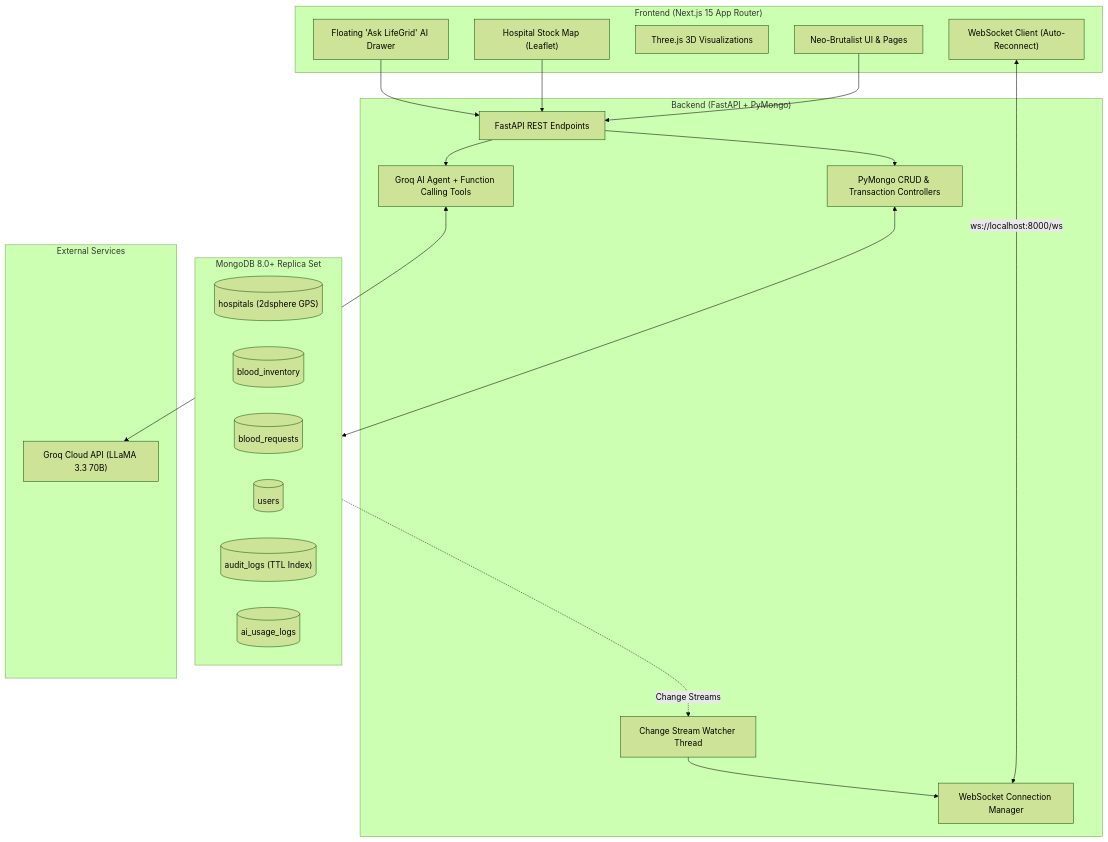
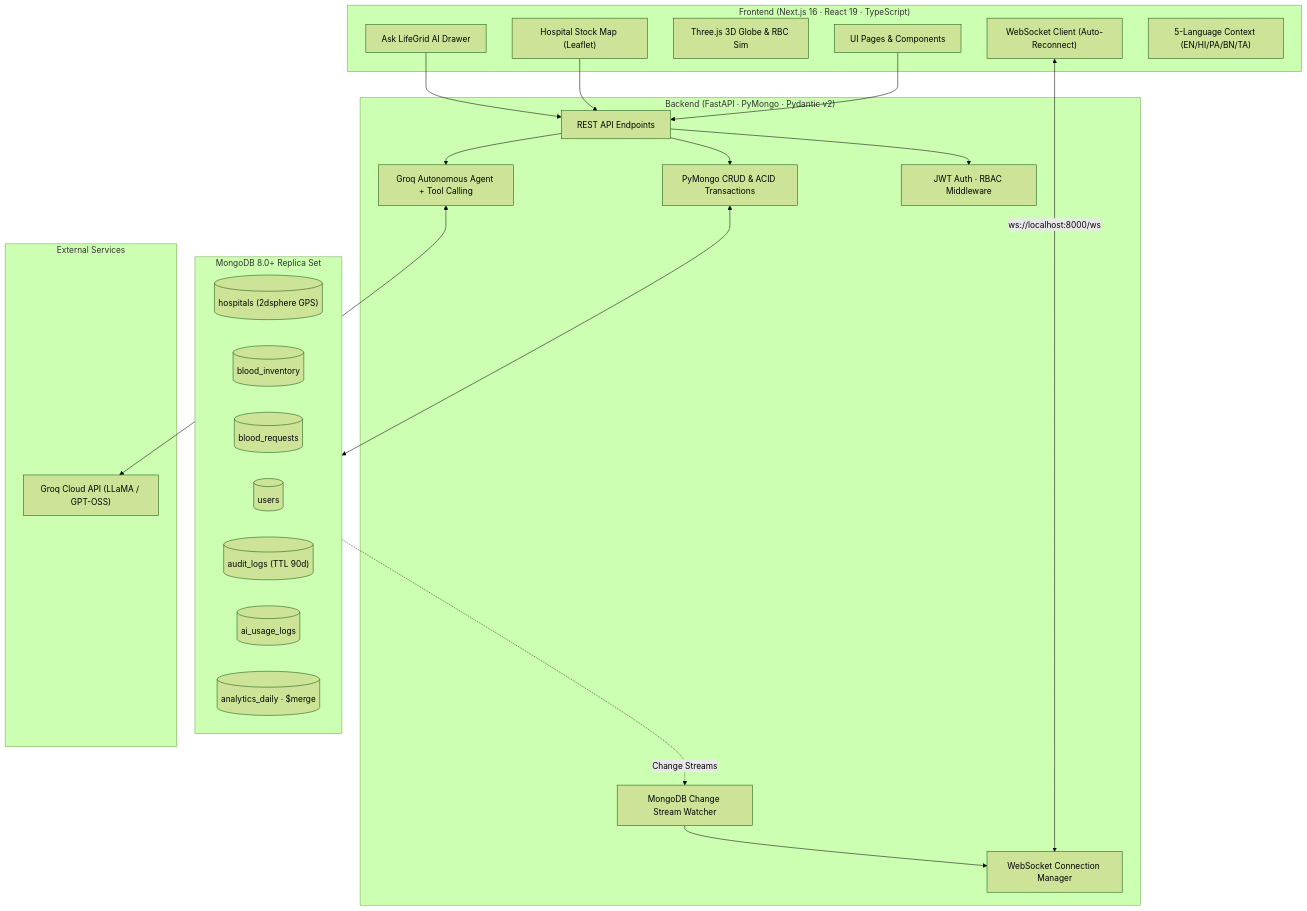
The diagram in README.md (ankan123basu/LifeGrid), drawn with Mermaid (forest theme) before and after one commit. The commit also changed other lines of this file, not shown here.

Commit message:
docs(readme): complete professional README with architecture, all features, setup guide, and API reference

````diff
--- a/README.md
+++ b/README.md
@@ -38,42 +107,46 @@
 ```mermaid
 flowchart TD
-    subgraph Client ["Frontend (Next.js 15 App Router)"]
-        UI["Neo-Brutalist UI & Pages"]
+    subgraph Client ["Frontend (Next.js 16 · React 19 · TypeScript)"]
+        UI["UI Pages & Components"]
         LeafletMap["Hospital Stock Map (Leaflet)"]
-        ThreeCanvas["Three.js 3D Visualizations"]
+        ThreeCanvas["Three.js 3D Globe & RBC Sim"]
         WSClient["WebSocket Client (Auto-Reconnect)"]
-        ChatDrawer["Floating 'Ask LifeGrid' AI Drawer"]
+        ChatDrawer["Ask LifeGrid AI Drawer"]
+        i18n["5-Language Context (EN/HI/PA/BN/TA)"]
     end
 
-    subgraph Server ["Backend (FastAPI + PyMongo)"]
-        Router["FastAPI REST Endpoints"]
+    subgraph Server ["Backend (FastAPI · PyMongo · Pydantic v2)"]
+        Router["REST API Endpoints"]
         WSManager["WebSocket Connection Manager"]
-        AIAgent["Groq AI Agent + Function Calling Tools"]
-        CRUD["PyMongo CRUD & Transaction Controllers"]
-        Streams["Change Stream Watcher Thread"]
+        AIAgent["Groq Autonomous Agent + Tool Calling"]
+        CRUD["PyMongo CRUD & ACID Transactions"]
+        Streams["MongoDB Change Stream Watcher"]
+        Auth["JWT Auth · RBAC Middleware"]
     end
 
     subgraph Database ["MongoDB 8.0+ Replica Set"]
         ColHosp[("hospitals (2dsphere GPS)")]
         ColInv[("blood_inventory")]
         ColReq[("blood_requests")]
         ColUsers[("users")]
-        ColAudit[("audit_logs (TTL Index)")]
+        ColAudit[("audit_logs (TTL 90d)")]
         ColAI[("ai_usage_logs")]
+        ColAnalytics[("analytics_daily · $merge")]
     end
 
     subgraph External ["External Services"]
-        GroqAPI["Groq Cloud API (LLaMA 3.3 70B)"]
+        GroqAPI["Groq Cloud API (LLaMA / GPT-OSS)"]
     end
 
     UI --> Router
-    WSClient <-->|ws://localhost:8000/ws| WSManager
+    WSClient <-->|"ws://localhost:8000/ws"| WSManager
     LeafletMap --> Router
     ChatDrawer --> Router
     Router --> AIAgent
+    Router --> Auth
     AIAgent <--> GroqAPI
     Router --> CRUD
     CRUD <--> Database
     Database -.->|Change Streams| Streams
     Streams --> WSManager
 ```
````
